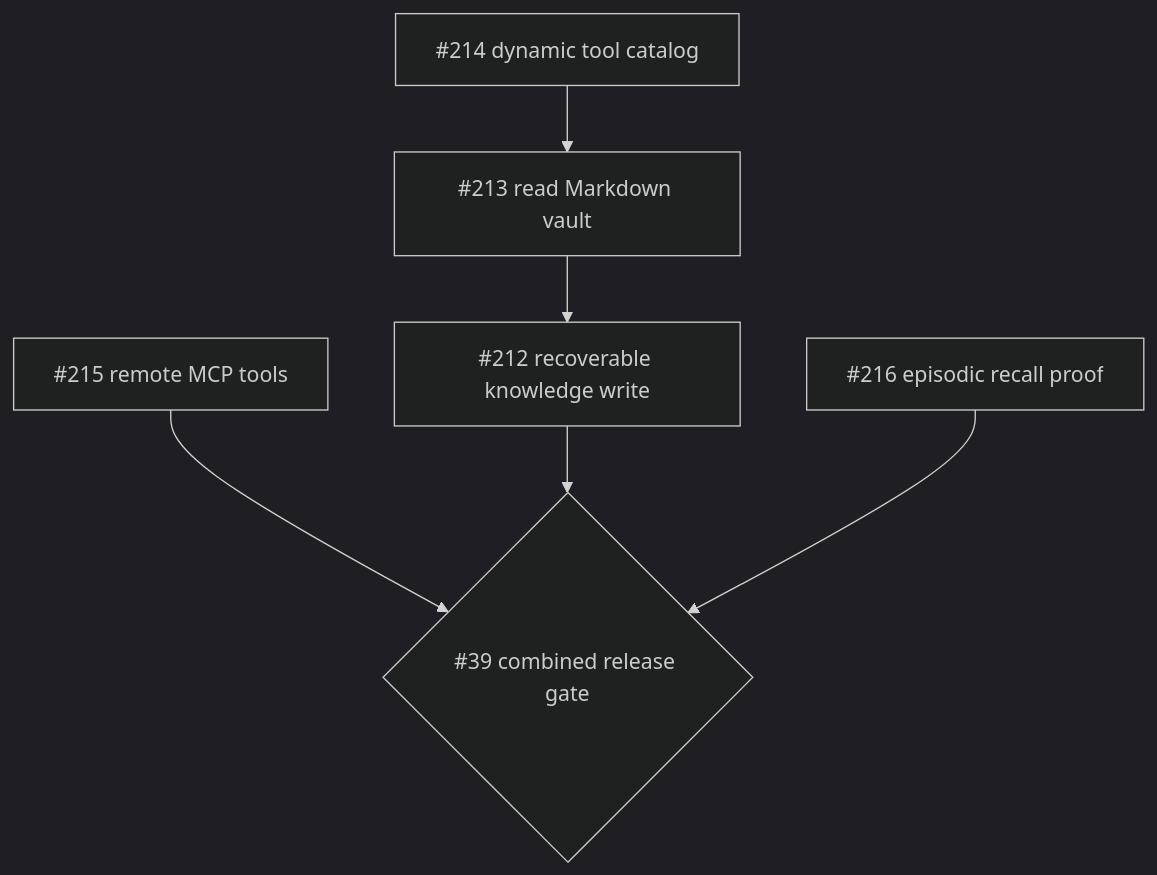
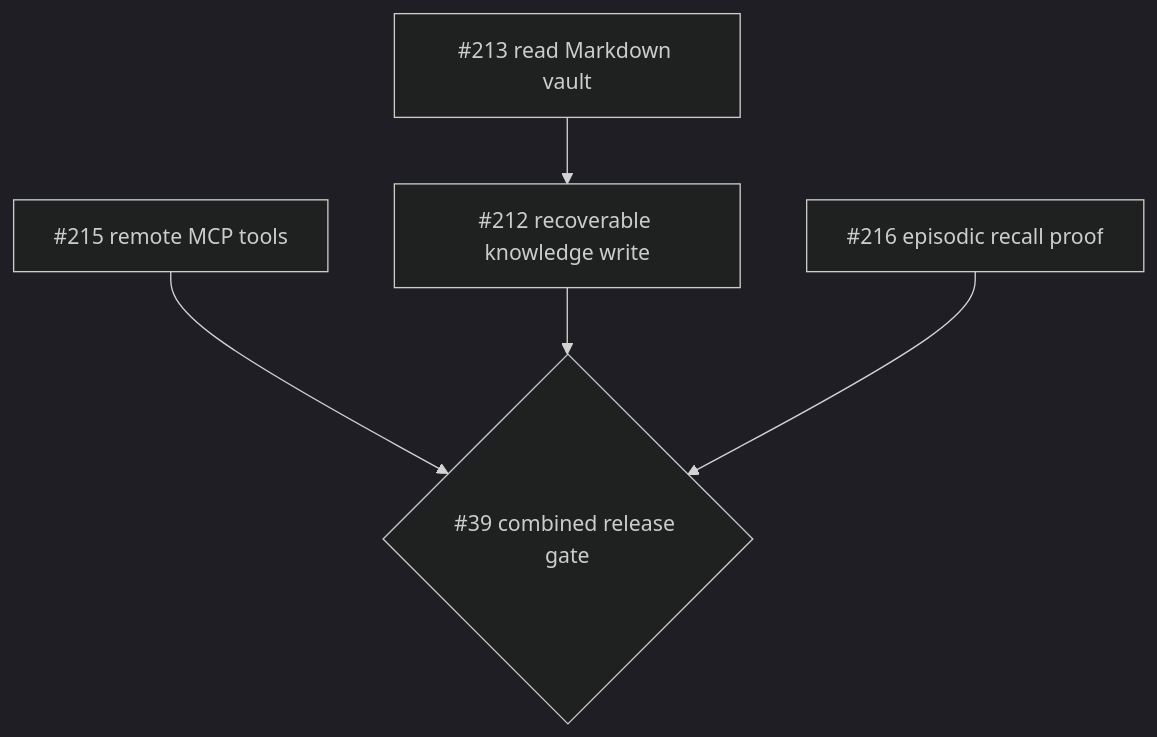
Before and after one commit to leon0399/llame: the diagram in ROADMAP.md, drawn with Mermaid (dark theme). The commit also changed other lines of this file and 20 other files, not shown here.

Commit message:
fix(api): finish dynamic tool catalog implementation

````diff
--- a/ROADMAP.md
+++ b/ROADMAP.md
@@ -42,10 +35,9 @@
 ```mermaid
 flowchart TD
-    T0["#214 dynamic tool catalog"] --> K0["#213 read Markdown vault"]
-    K0 --> K1["#212 recoverable knowledge write"]
+    K0["#213 read Markdown vault"] --> K1["#212 recoverable knowledge write"]
     E0["#216 episodic recall proof"]
 
     T1["#215 remote MCP tools"] --> Gate{"#39 combined release gate"}
     K1 --> Gate
     E0 --> Gate
 ```
````
